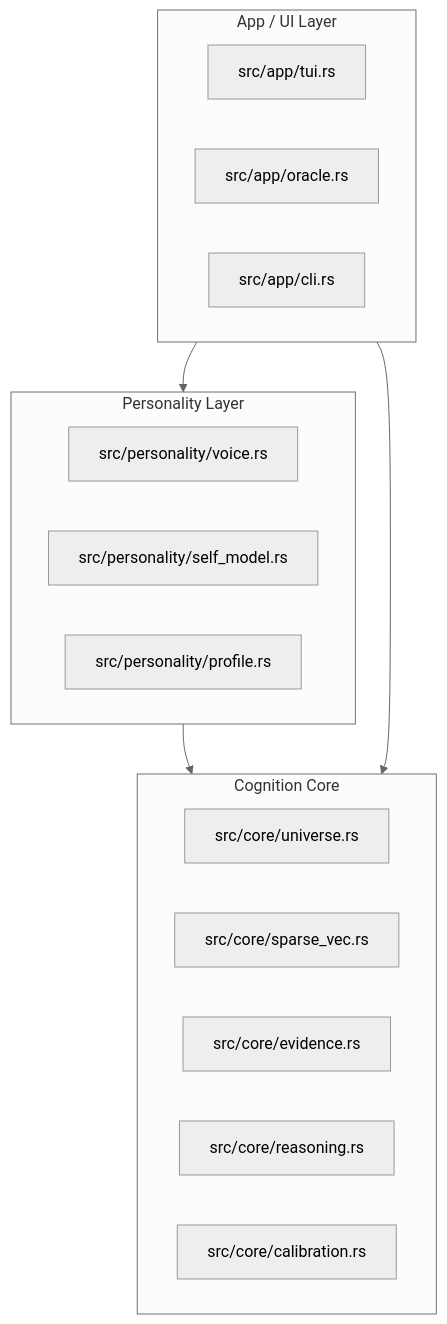
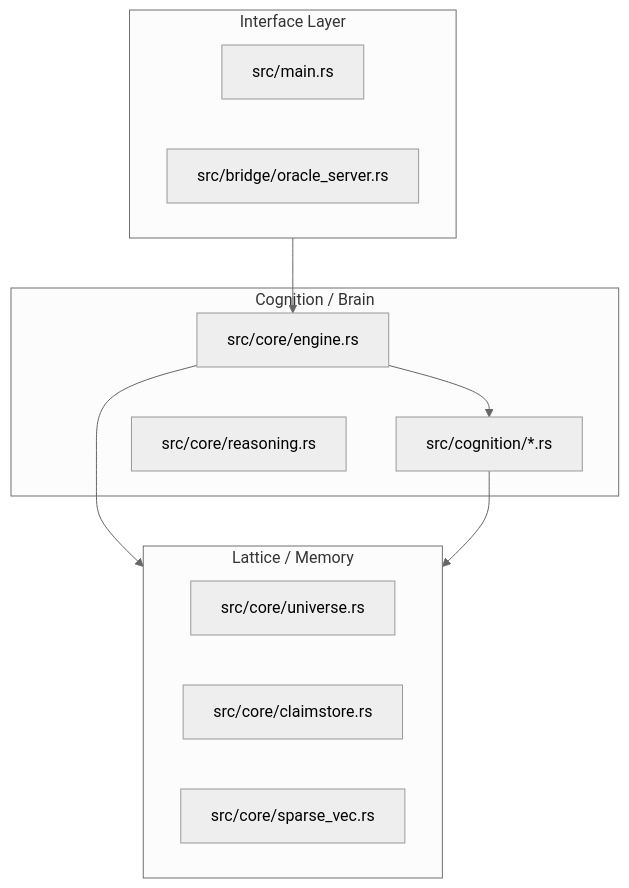
The diagram in ARCHITECTURE.md (revrynpanda-max/rshl), drawn with Mermaid (neutral theme) before and after one commit. The commit also changed other lines of this file and 138 other files, not shown here.

````diff
--- a/ARCHITECTURE.md
+++ b/ARCHITECTURE.md
@@ -5,26 +7,24 @@
 ```mermaid
 graph TD
-    subgraph UI_Layer [App / UI Layer]
-        TUI[src/app/tui.rs]
-        Oracle[src/app/oracle.rs]
-        CLI[src/app/cli.rs]
+    subgraph UI_Layer [Interface Layer]
+        TUI[src/main.rs]
+        Oracle[src/bridge/oracle_server.rs]
     end
 
-    subgraph Personality_Layer [Personality Layer]
-        Voice[src/personality/voice.rs]
-        Self[src/personality/self_model.rs]
-        Profile[src/personality/profile.rs]
+    subgraph Cognitive_Layer [Cognition / Brain]
+        Engine[src/core/engine.rs]
+        Modules[src/cognition/*.rs]
+        Reasoning[src/core/reasoning.rs]
     end
 
-    subgraph Core_Layer [Cognition Core]
+    subgraph Memory_Layer [Lattice / Memory]
         Universe[src/core/universe.rs]
+        ClaimStore[src/core/claimstore.rs]
         SparseVec[src/core/sparse_vec.rs]
-        Evidence[src/core/evidence.rs]
-        Reasoning[src/core/reasoning.rs]
-        Calibration[src/core/calibration.rs]
     end
 
-    UI_Layer --> Personality_Layer
-    Personality_Layer --> Core_Layer
-    UI_Layer --> Core_Layer
+    UI_Layer --> Engine
+    Engine --> Modules
+    Engine --> Memory_Layer
+    Modules --> Memory_Layer
 ```
````
